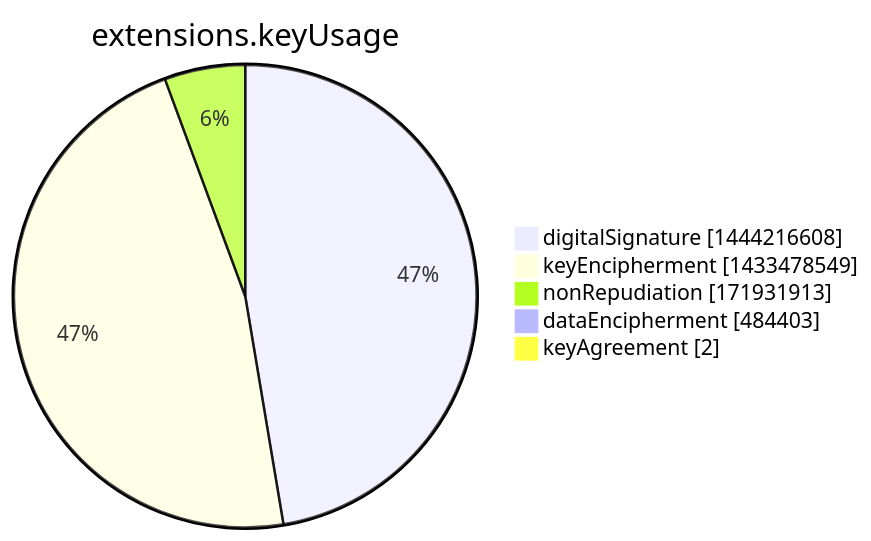
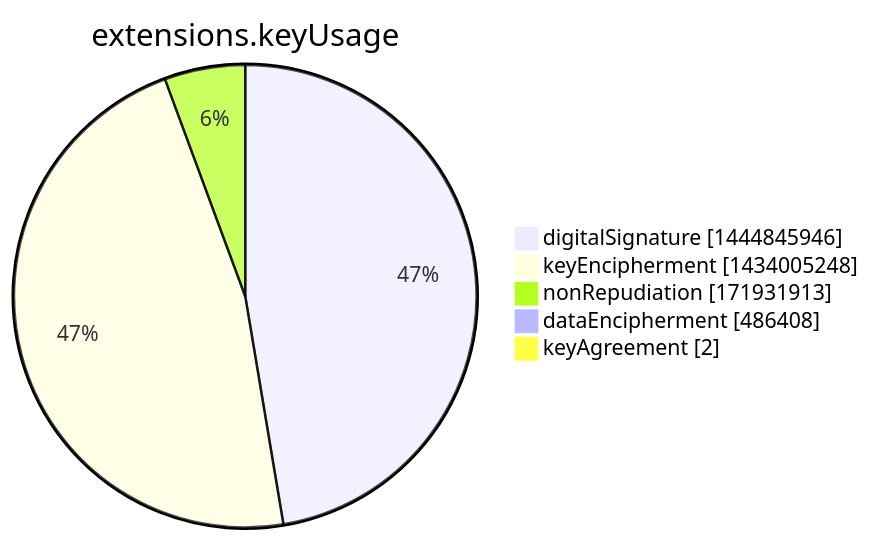
The seventh of 15 diagrams in argon2022/README.md (christiankrug/ctmonitor_visualization), drawn with Mermaid before and after one commit. The commit also changed other lines of this file, not shown here.

````diff
--- a/argon2022/README.md
+++ b/argon2022/README.md
@@ -2751,9 +2751,9 @@
 ```mermaid
 pie showData
 title extensions.keyUsage
-"digitalSignature" :1444216608
-"keyEncipherment" :1433478549
+"digitalSignature" :1444845946
+"keyEncipherment" :1434005248
 "nonRepudiation" :171931913
-"dataEncipherment" :484403
+"dataEncipherment" :486408
 "keyAgreement" :2
 ```
````
